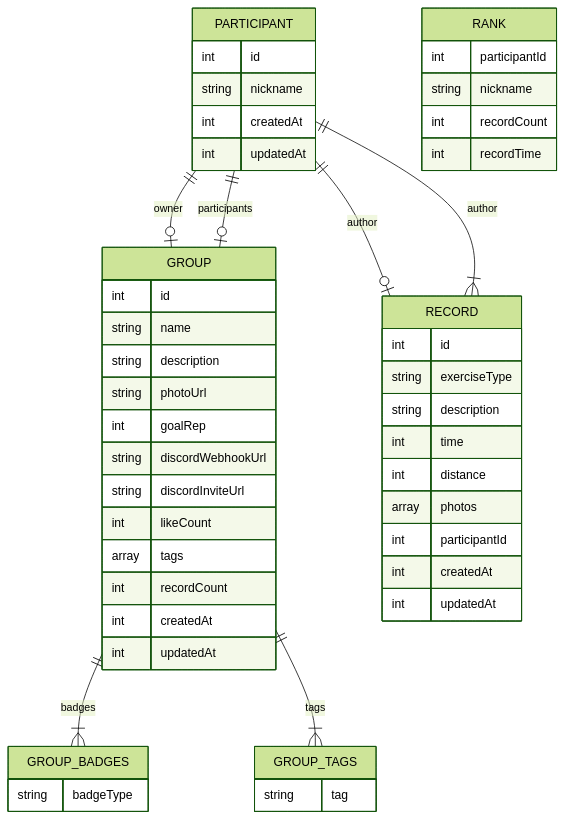
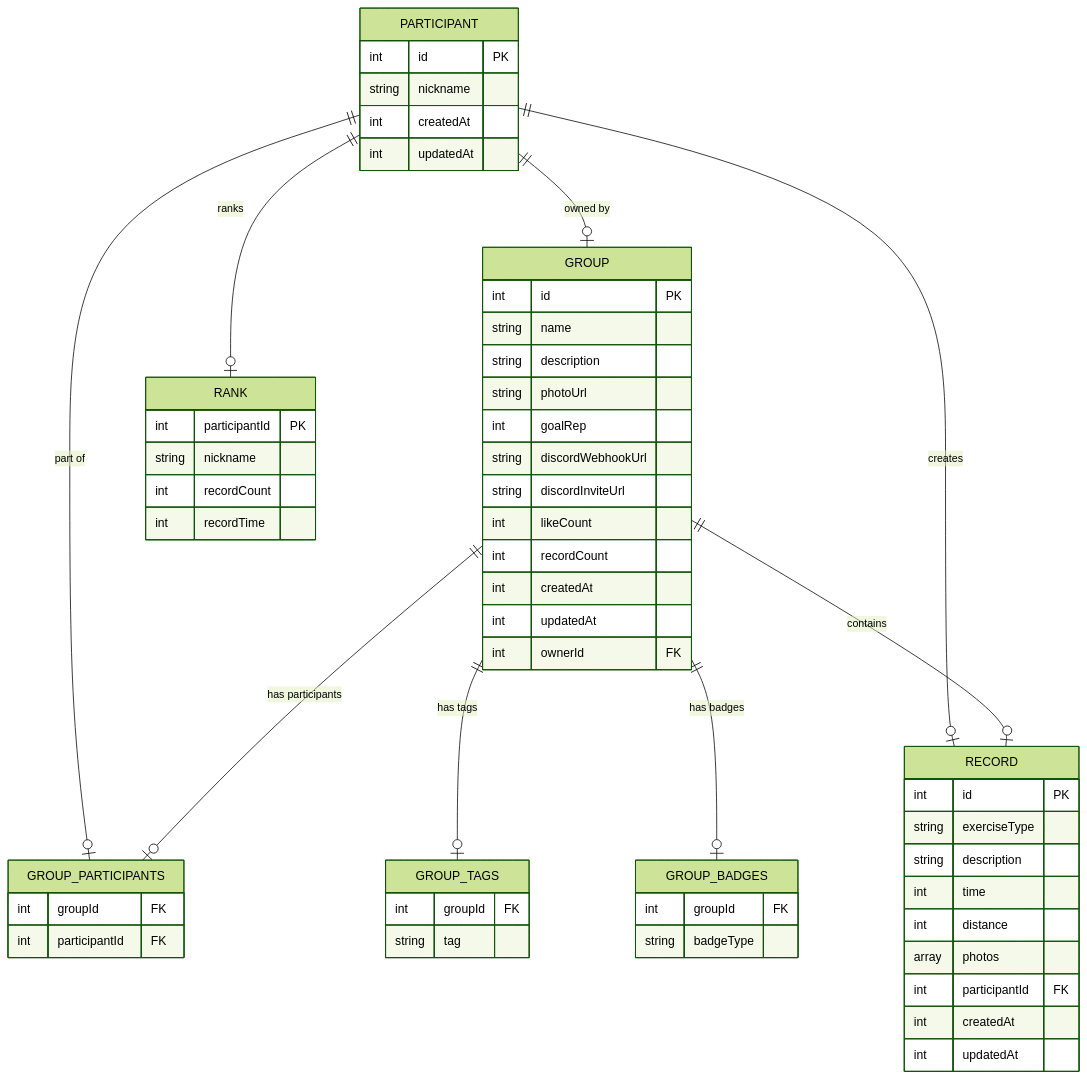
One commit to funfungun/mermaid changed the diagram in README.md. Above: the diagram before and after it, drawn with Mermaid (forest theme).

````diff
--- a/README.md
+++ b/README.md
@@ -1,55 +1,67 @@
 ```mermaid
 erDiagram
     PARTICIPANT {
-        int id
+        int id PK
         string nickname
         int createdAt
         int updatedAt
     }
+
     GROUP {
-        int id
+        int id PK
         string name
         string description
         string photoUrl
         int goalRep
         string discordWebhookUrl
         string discordInviteUrl
         int likeCount
-        array tags
         int recordCount
         int createdAt
         int updatedAt
+        int ownerId FK
     }
+
+    GROUP_PARTICIPANTS {
+        int groupId FK
+        int participantId FK
+    }
+
+    GROUP_TAGS {
+        int groupId FK
+        string tag
+    }
+
+    GROUP_BADGES {
+        int groupId FK
+        string badgeType
+    }
+
     RECORD {
-        int id
+        int id PK
         string exerciseType
         string description
         int time
         int distance
         array photos
-        int participantId
+        int participantId FK
         int createdAt
         int updatedAt
     }
+
     RANK {
-        int participantId
+        int participantId PK
         string nickname
         int recordCount
         int recordTime
     }
 
-    PARTICIPANT ||--o| GROUP : "owner"
-    PARTICIPANT ||--o| GROUP : "participants"
-    PARTICIPANT ||--o| RECORD : "author"
-    GROUP ||--|{ GROUP_BADGES : "badges"
-    GROUP ||--|{ GROUP_TAGS : "tags"
-    RECORD }|--|| PARTICIPANT : "author"
-
-    GROUP_BADGES {
-        string badgeType
-    }
-
-    GROUP_TAGS {
-        string tag
-    }
+    PARTICIPANT ||--o| GROUP : "owned by"
+    PARTICIPANT ||--o| GROUP_PARTICIPANTS : "part of"
+    GROUP ||--o| GROUP_PARTICIPANTS : "has participants"
+    GROUP ||--o| GROUP_TAGS : "has tags"
+    GROUP ||--o| GROUP_BADGES : "has badges"
+    PARTICIPANT ||--o| RECORD : "creates"
+    GROUP ||--o| RECORD : "contains"
+    PARTICIPANT ||--o| RANK : "ranks"
 ```
````
